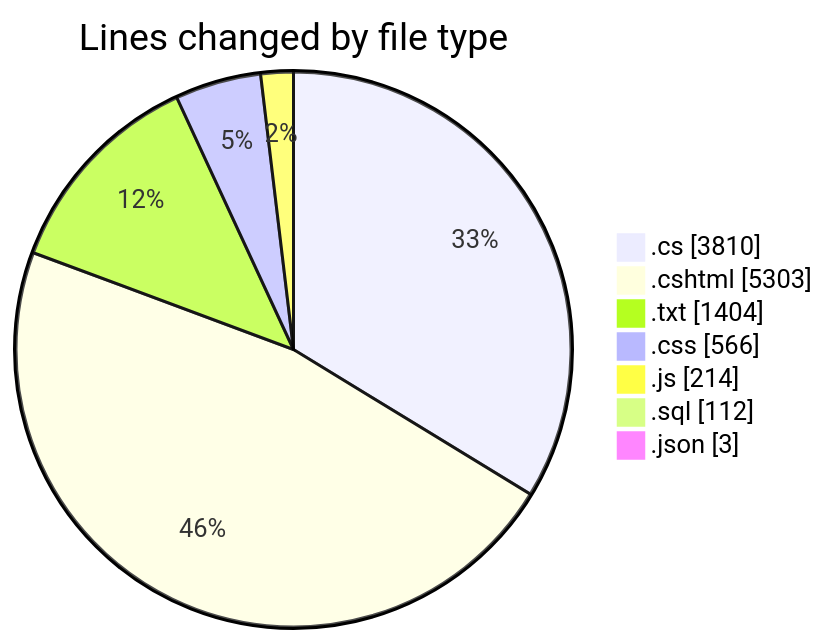
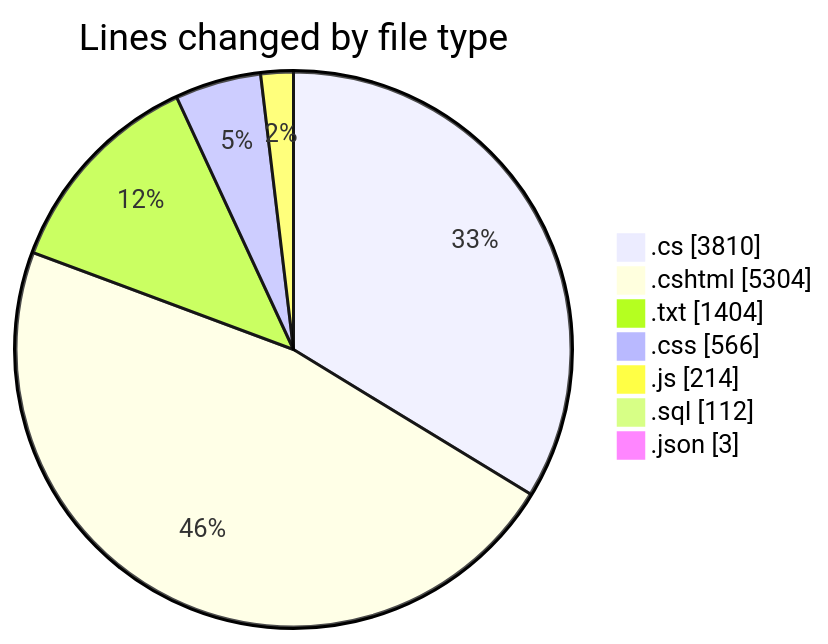
One commit to lephambinh05/code-tracking changed the first of 2 diagrams in 2025-07-28/quanlyrapchieuphim-1/README.md. Above: the diagram before and after it, drawn with Mermaid. The commit also changed other lines of this file and 1 other file, not shown here.

````diff
--- a/2025-07-28/quanlyrapchieuphim-1/README.md
+++ b/2025-07-28/quanlyrapchieuphim-1/README.md
@@ -49,11 +49,11 @@
 ```mermaid
 pie showData
 title Lines changed by file type
 ".cs" : 3810
-".cshtml" : 5303
+".cshtml" : 5304
 ".txt" : 1404
 ".css" : 566
 ".js" : 214
 ".sql" : 112
 ".json" : 3
 ```
````
